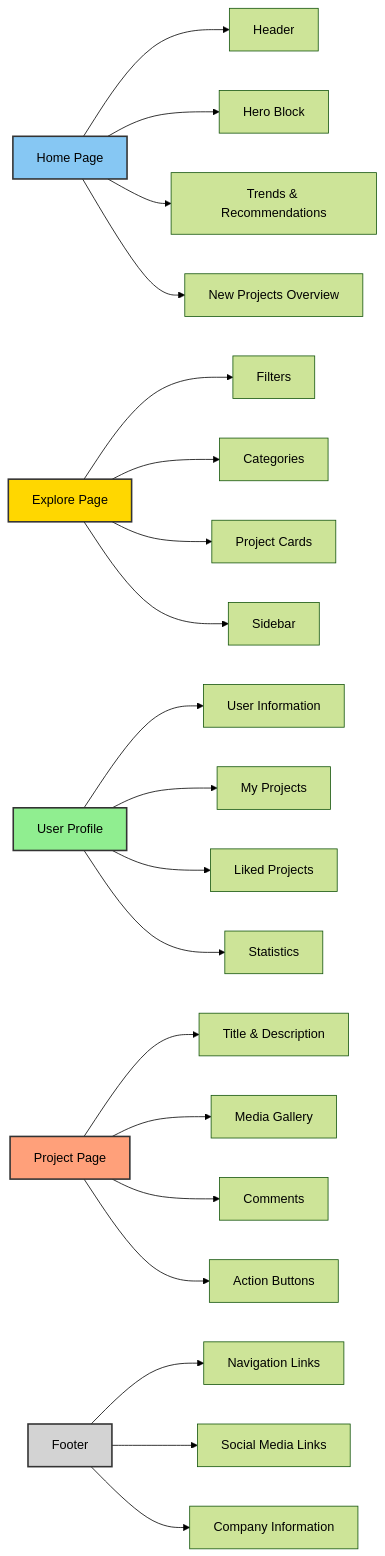
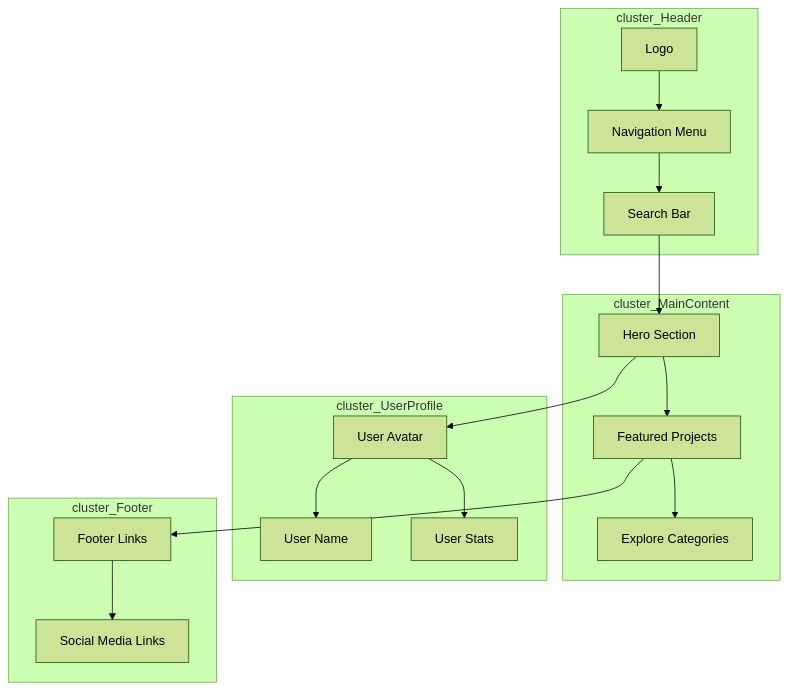
The diagram in README.md (Yarema91/Blockscheme-), drawn with Mermaid (forest theme) before and after one commit.

````diff
--- a/README.md
+++ b/README.md
@@ -3,37 +3,41 @@
 ```mermaid
 
-graph LR;
+graph TB;
 
-A[Home Page] --> B[Header];
-A --> C[Hero Block];
-A --> D[Trends & Recommendations];
-A --> E[New Projects Overview];
+subgraph cluster_Header
+  A[Logo]
+  B[Navigation Menu]
+  C[Search Bar]
+end
 
-F[Explore Page] --> G[Filters];
-F --> H[Categories];
-F --> I[Project Cards];
-F --> J[Sidebar];
+subgraph cluster_MainContent
+  D[Hero Section]
+  E[Featured Projects]
+  F[Explore Categories]
+end
 
-K[User Profile] --> L[User Information];
-K --> M[My Projects];
-K --> N[Liked Projects];
-K --> O[Statistics];
+subgraph cluster_UserProfile
+  G[User Avatar]
+  H[User Name]
+  I[User Stats]
+end
 
-P[Project Page] --> Q[Title & Description];
-P --> R[Media Gallery];
-P --> S[Comments];
-P --> T[Action Buttons];
+subgraph cluster_Footer
+  J[Footer Links]
+  K[Social Media Links]
+end
 
-U[Footer] --> V[Navigation Links];
-U --> W[Social Media Links];
-U --> X[Company Information];
-
-style A fill:#86C7F3, stroke:#333, stroke-width:2px;
-style F fill:#FFD700, stroke:#333, stroke-width:2px;
-style K fill:#90EE90, stroke:#333, stroke-width:2px;
-style P fill:#FFA07A, stroke:#333, stroke-width:2px;
-style U fill:#D3D3D3, stroke:#333, stroke-width:2px;
+A --> B;
+B --> C;
+C --> D;
+D --> E;
+E --> F;
+D --> G;
+G --> H;
+G --> I;
+E --> J;
+J --> K;
 
 
 
 ```
````
